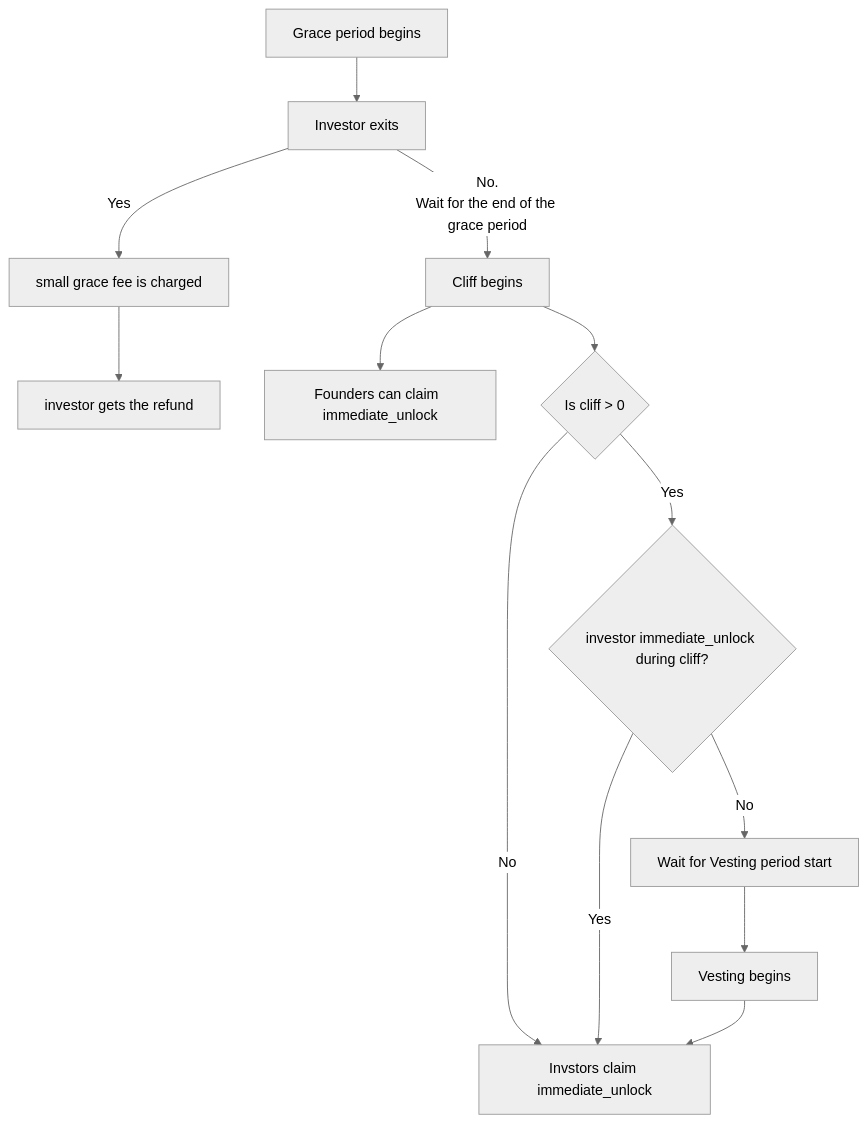
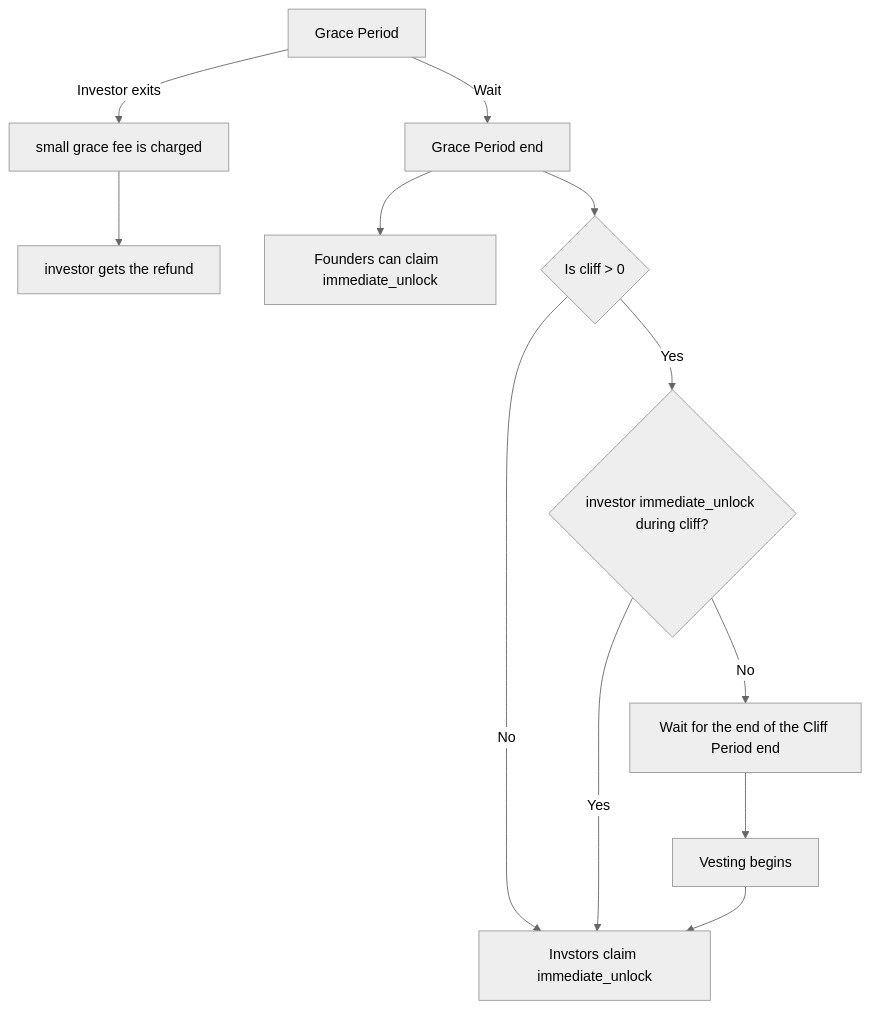
One commit to gonative-cc/credible changed the second of 3 diagrams in README.md. Above: the diagram before and after it, drawn with Mermaid (neutral theme). The commit also changed other lines of this file, not shown here.

Commit message:
docs: example flow

````diff
--- a/README.md
+++ b/README.md
@@ -76,18 +76,17 @@
 ```mermaid
 graph TD
-     A[Grace period begins] --> B[Investor exits]
-     B --> |Yes| B2[small grace fee is charged]
-     B --> |No.<br>Wait for the end of the grace period| C[Cliff begins]
-     B2 --> B3[investor gets the refund]
+     A[Grace Period] --> |Investor exits| B[small grace fee is charged]
+     A --> |Wait| C[Grace Period end]
+     B --> B2[investor gets the refund]
 
      C --> D[Founders can claim  immediate_unlock]
 
      C --> E{Is cliff > 0}
      E --> |Yes| F{investor immediate_unlock during cliff?}
      E --> |No| IU
 
      F -->|Yes| IU[Invstors claim immediate_unlock]
-     F -->|No| WV[Wait for Vesting period start]
+     F -->|No| WV[Wait for the end of the Cliff Period end]
      WV --> V[Vesting begins]
      V --> IU
 ```
````
